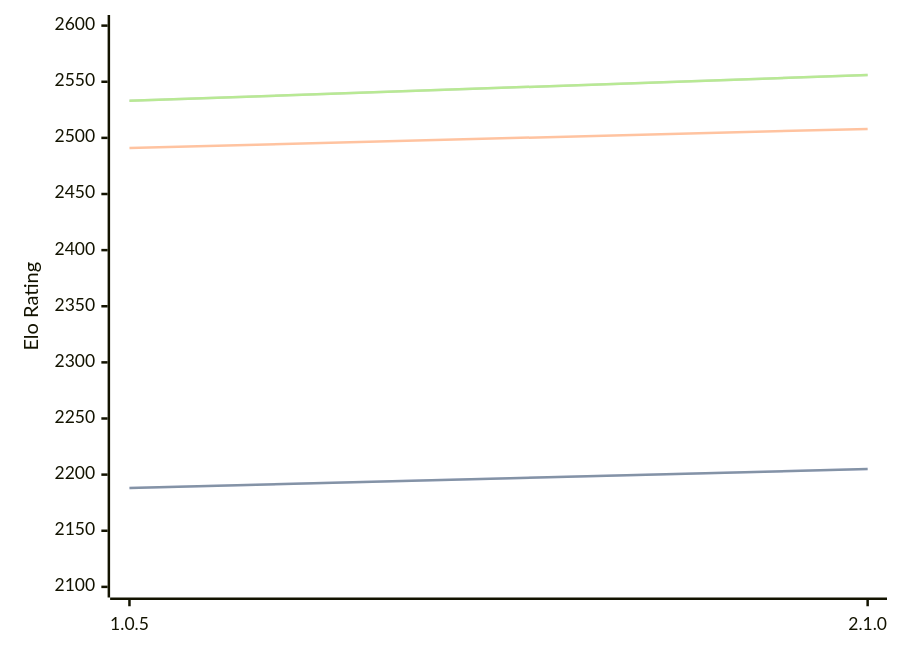
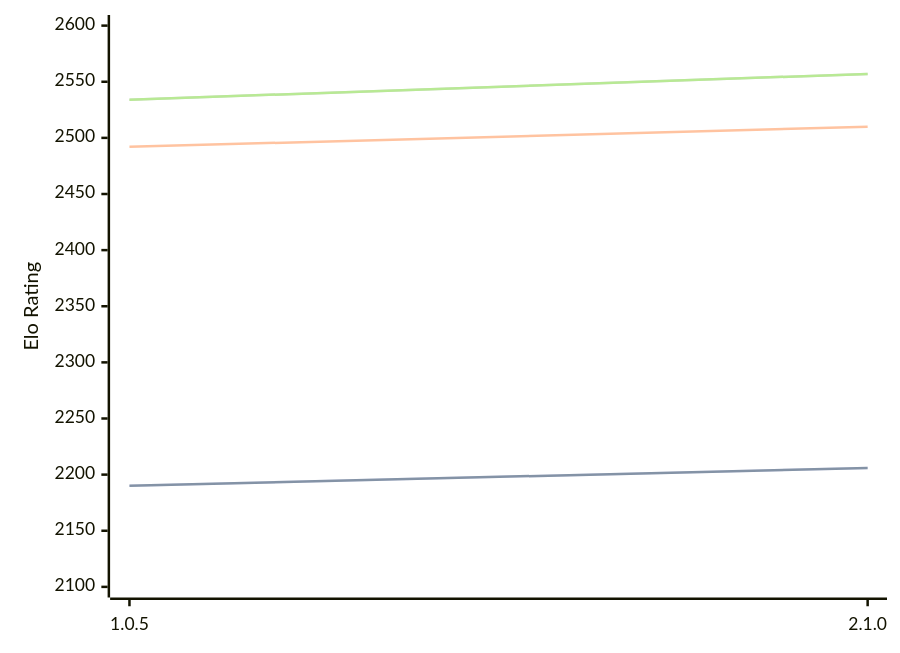
One commit to computer-chess-index/cci changed the diagram in engines/Ruffian.md. Above: the diagram before and after it, drawn with Mermaid. The commit also changed other lines of this file, not shown here.

Commit message:
Update CCI Ratings (ELO VLTC) - 2026-05-16

````diff
--- a/engines/Ruffian.md
+++ b/engines/Ruffian.md
@@ -32,11 +32,11 @@
 ```mermaid
 %%{init: {"theme":"base","themeVariables":{"seriesColors:['#a3a3a3','#222221','#faa371']}}}%%
 xychart-beta
   x-axis ["1.0.5", "2.1.0"]
   y-axis "Elo Rating" 2100 --> 2600
-  line "STC (8.0+0.08s)" [2188, 2205]
-  line "STC (8.0+0.08s)" [2188, 2205]
-  line "LTC (60.0+0.60s)" [2491, 2508]
-  line "VLTC (2m24s+1.12s)" [2533, 2556]
-  line "VLTC (2m24s+1.12s)" [2533, 2556]
+  line "STC (8.0+0.08s)" [2190, 2206]
+  line "STC (8.0+0.08s)" [2190, 2206]
+  line "LTC (60.0+0.60s)" [2492, 2510]
+  line "VLTC (2m24s+1.12s)" [2534, 2557]
+  line "VLTC (2m24s+1.12s)" [2534, 2557]
 ```
````
